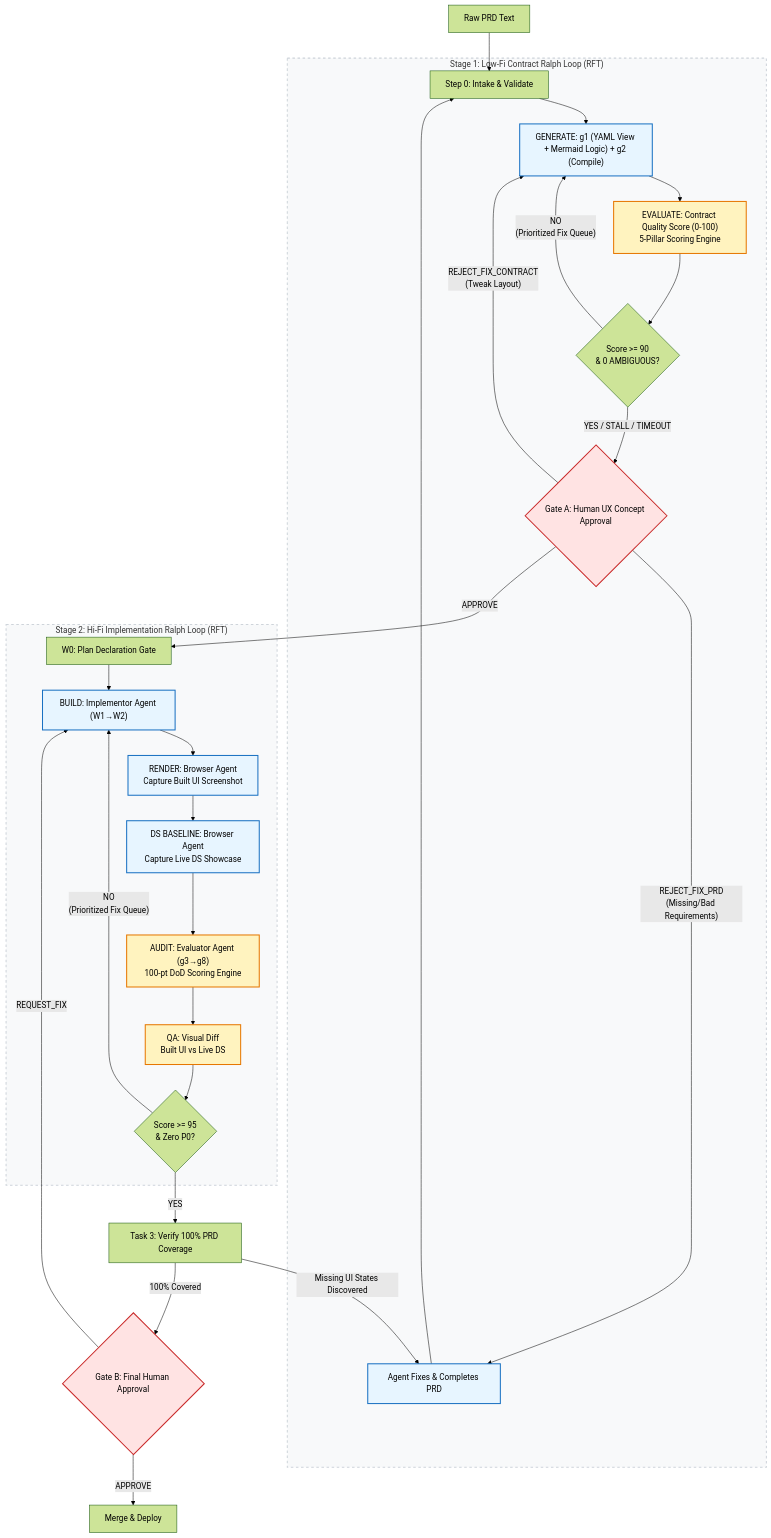
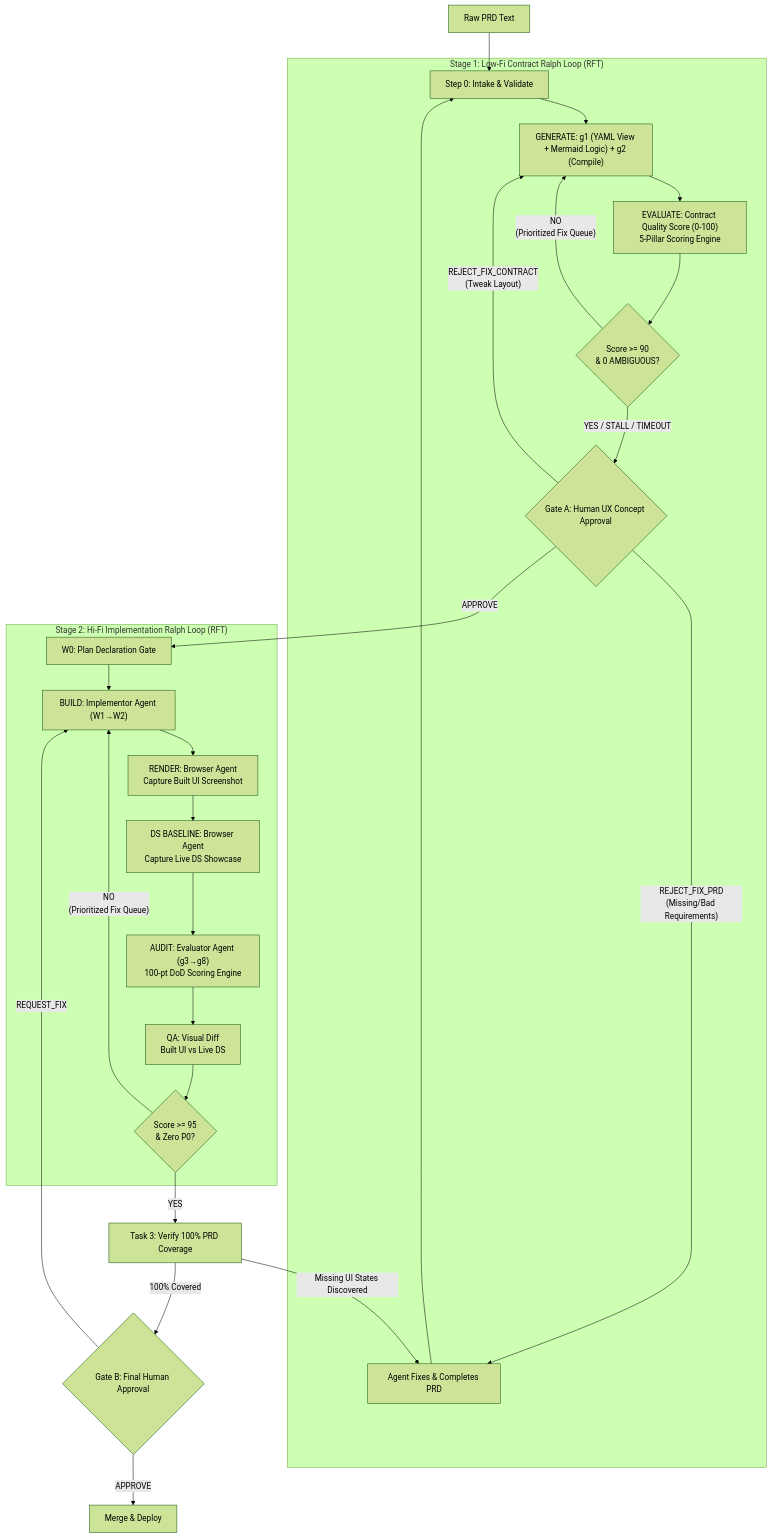
One commit to duyhunghd6/gmind changed the fourth of 6 diagrams in docs/researches/spikes/spike-design-system-ralph-loop-agent.md. Above: the diagram before and after it, drawn with Mermaid (forest theme). The commit also changed other lines of this file, not shown here.

First line of the commit message:
docs(spike): remove CSS styling from mermaid diagrams

````diff
--- a/docs/researches/spikes/spike-design-system-ralph-loop-agent.md
+++ b/docs/researches/spikes/spike-design-system-ralph-loop-agent.md
@@ -146,45 +135,39 @@
 ```mermaid
 graph TD
-    classDef stage fill:#f8f9fa,stroke:#ced4da,stroke-width:2px,stroke-dasharray: 5 5;
-    classDef gate fill:#ffe3e3,stroke:#c92a2a,stroke-width:2px;
-    classDef agent fill:#e7f5ff,stroke:#1971c2,stroke-width:2px;
-    classDef score fill:#fff3bf,stroke:#e67700,stroke-width:2px;
 
     RawPRD[Raw PRD Text] --> G0[Step 0: Intake & Validate]
 
     subgraph Stage1 ["Stage 1: Low-Fi Contract Ralph Loop (RFT)"]
-        G0 --> Gen["GENERATE: g1 (YAML View + Mermaid Logic) + g2 (Compile)"]:::agent
-        Gen --> S1Eval["EVALUATE: Contract Quality Score (0-100)\n5-Pillar Scoring Engine"]:::score
+        G0 --> Gen["GENERATE: g1 (YAML View + Mermaid Logic) + g2 (Compile)"]
+        Gen --> S1Eval["EVALUATE: Contract Quality Score (0-100)\n5-Pillar Scoring Engine"]
         S1Eval --> S1Conv{"Score >= 90\n& 0 AMBIGUOUS?"}
 
         S1Conv -- "NO\n(Prioritized Fix Queue)" --> Gen
-        S1Conv -- "YES / STALL / TIMEOUT" --> GateA{Gate A: Human UX Concept Approval}:::gate
+        S1Conv -- "YES / STALL / TIMEOUT" --> GateA{Gate A: Human UX Concept Approval}
 
         GateA -- "REJECT_FIX_CONTRACT\n(Tweak Layout)" --> Gen
-        GateA -- "REJECT_FIX_PRD\n(Missing/Bad Requirements)" --> PRDWriter[Agent Fixes & Completes PRD]:::agent
+        GateA -- "REJECT_FIX_PRD\n(Missing/Bad Requirements)" --> PRDWriter[Agent Fixes & Completes PRD]
         PRDWriter --> G0
     end
 
     GateA -- "APPROVE" --> W0[W0: Plan Declaration Gate]
 
     subgraph Stage2 ["Stage 2: Hi-Fi Implementation Ralph Loop (RFT)"]
-        W0 --> Build["BUILD: Implementor Agent (W1→W2)"]:::agent
-        Build --> BrowserRender["RENDER: Browser Agent\nCapture Built UI Screenshot"]:::agent
-        BrowserRender --> DSBaseline["DS BASELINE: Browser Agent\nCapture Live DS Showcase"]:::agent
-        DSBaseline --> Eval["AUDIT: Evaluator Agent (g3→g8)\n100-pt DoD Scoring Engine"]:::score
-        Eval --> QADiff["QA: Visual Diff\nBuilt UI vs Live DS"]:::score
+        W0 --> Build["BUILD: Implementor Agent (W1→W2)"]
+        Build --> BrowserRender["RENDER: Browser Agent\nCapture Built UI Screenshot"]
+        BrowserRender --> DSBaseline["DS BASELINE: Browser Agent\nCapture Live DS Showcase"]
+        DSBaseline --> Eval["AUDIT: Evaluator Agent (g3→g8)\n100-pt DoD Scoring Engine"]
+        Eval --> QADiff["QA: Visual Diff\nBuilt UI vs Live DS"]
         QADiff --> Score{"Score >= 95\n& Zero P0?"}
 
         Score -- "NO\n(Prioritized Fix Queue)" --> Build
     end
 
     Score -- "YES" --> AutoQA[Task 3: Verify 100% PRD Coverage]
 
     AutoQA -- "Missing UI States Discovered" --> PRDWriter
 
-    AutoQA -- "100% Covered" --> GateB{Gate B: Final Human Approval}:::gate
+    AutoQA -- "100% Covered" --> GateB{Gate B: Final Human Approval}
     GateB -- "REQUEST_FIX" --> Build
     GateB -- "APPROVE" --> Merge[Merge & Deploy]
-
-    class Stage1,Stage2 stage;
 ```
````
